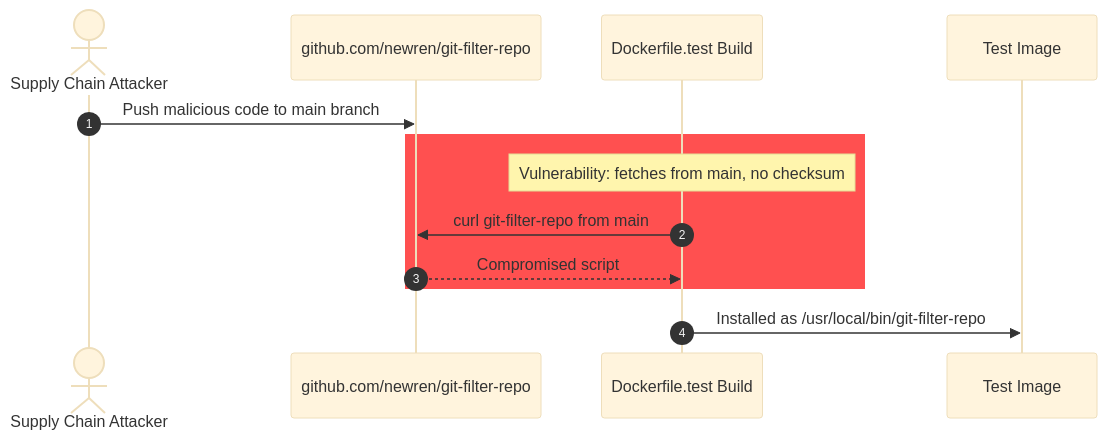
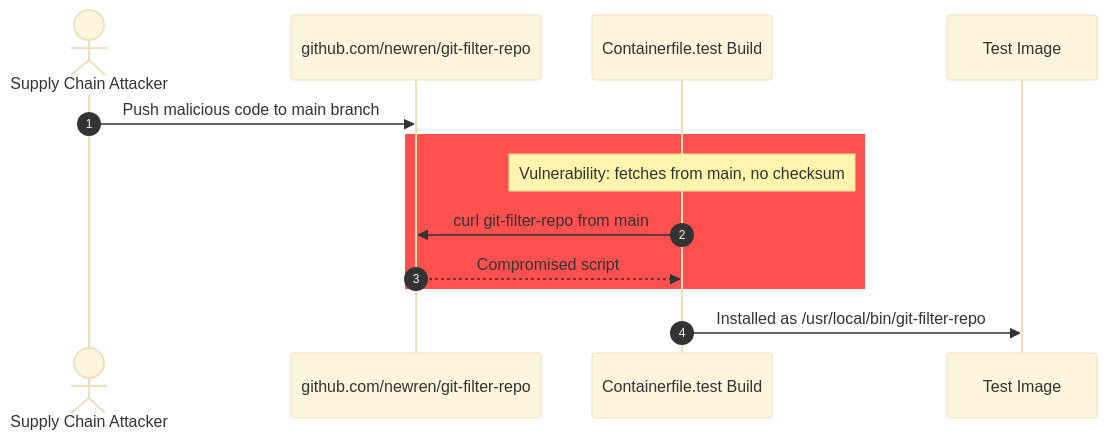
Before and after one commit to trevor-vaughan/claude-riotbox: diagram 12 of 13 in THREAT_MODEL.md, drawn with Mermaid. The commit also changed other lines of this file and 8 other files, not shown here.

````diff
--- a/THREAT_MODEL.md
+++ b/THREAT_MODEL.md
@@ -3002,17 +3113,17 @@
 ```mermaid
 %%{init: {'theme': 'base'}}%%
 sequenceDiagram
   autonumber
   actor Attacker as Supply Chain Attacker
   participant GH as github.com/newren/git-filter-repo
-  participant TestBuild as Dockerfile.test Build
+  participant TestBuild as Containerfile.test Build
   participant TestImage as Test Image
 
   Attacker->>GH: Push malicious code to main branch
   rect rgb(255, 80, 80)
     Note over TestBuild: Vulnerability: fetches from main, no checksum
     TestBuild->>GH: curl git-filter-repo from main
     GH-->>TestBuild: Compromised script
   end
   TestBuild->>TestImage: Installed as /usr/local/bin/git-filter-repo
 ```
````
